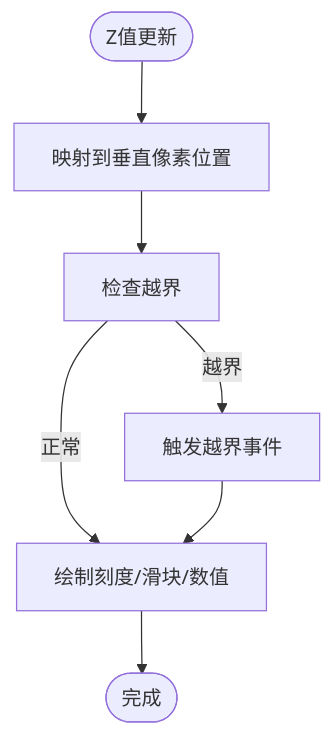
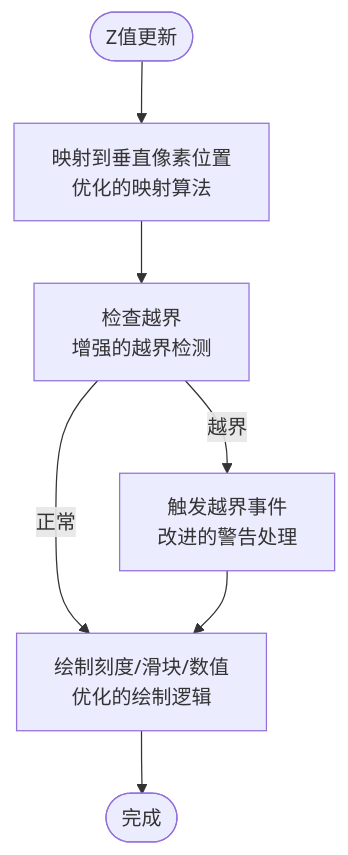
Before and after one commit to fuweiq94-cloud/3399180760: the eighth of 9 diagrams in .qoder/repowiki/zh/content/API参考文档/控件库API.md, drawn with Mermaid. The commit also changed other lines of this file and 22 other files, not shown here.

````diff
--- a/.qoder/repowiki/zh/content/API参考文档/控件库API.md
+++ b/.qoder/repowiki/zh/content/API参考文档/控件库API.md
@@ -403,9 +446,9 @@
 ```mermaid
 flowchart TD
-Start(["Z值更新"]) --> Map["映射到垂直像素位置"]
-Map --> Check["检查越界"]
-Check --> |越界| Warn["触发越界事件"]
-Check --> |正常| Draw["绘制刻度/滑块/数值"]
+Start(["Z值更新"]) --> Map["映射到垂直像素位置<br/>优化的映射算法"]
+Map --> Check["检查越界<br/>增强的越界检测"]
+Check --> |越界| Warn["触发越界事件<br/>改进的警告处理"]
+Check --> |正常| Draw["绘制刻度/滑块/数值<br/>优化的绘制逻辑"]
 Warn --> Draw
 Draw --> End(["完成"])
 ```
````
